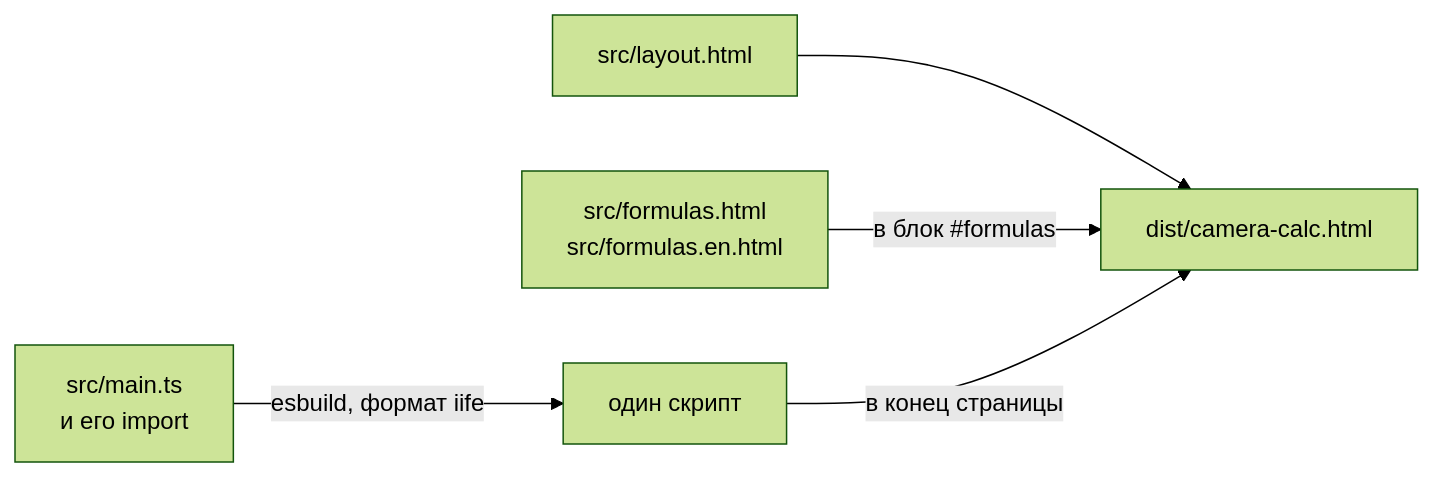
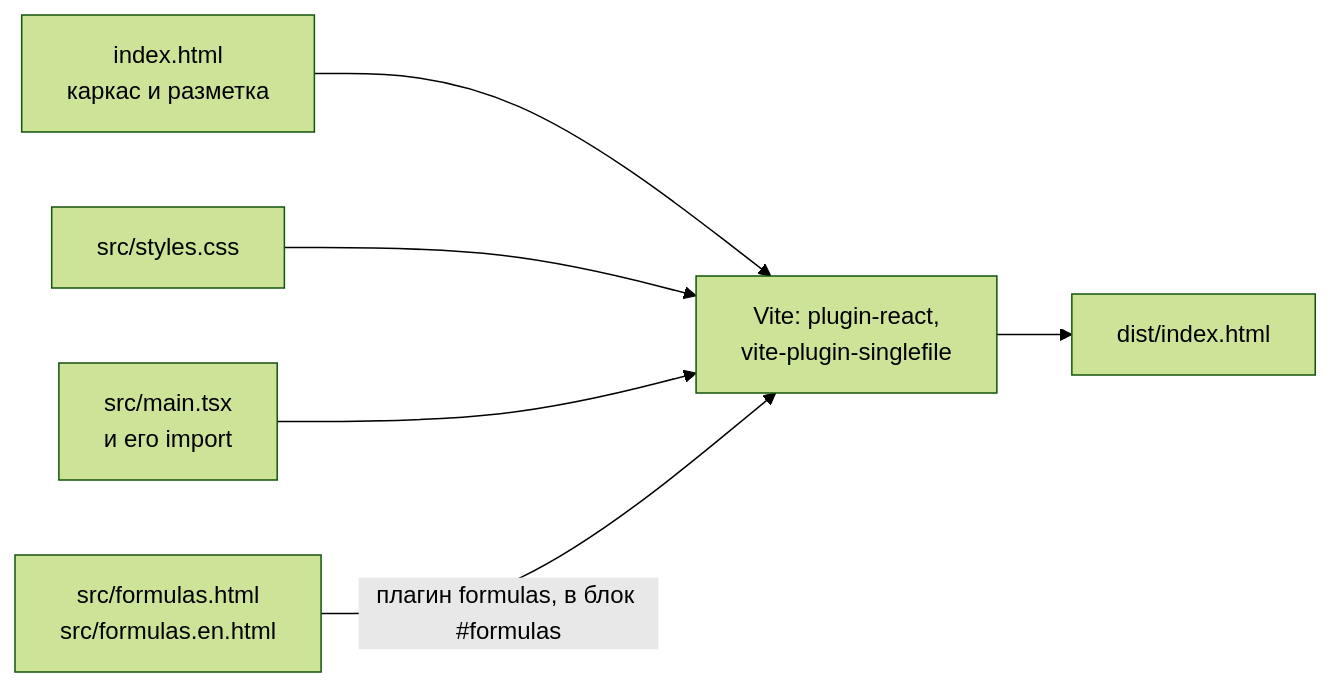
One commit to SergeyKrasnoslobodtsev/camera-calc changed the diagram in docs/architecture/modules/build.md. Above: the diagram before and after it, drawn with Mermaid (forest theme). The commit also changed other lines of this file and 7 other files, not shown here.

First line of the commit message:
docs: build, ui - Vite, Oxlint, вкладки на React, размер страницы

````diff
--- a/docs/architecture/modules/build.md
+++ b/docs/architecture/modules/build.md
@@ -9,7 +9,8 @@
 ```mermaid
 flowchart LR
-    init["src/main.ts<br>и его import"] -->|esbuild, формат iife| script["один скрипт"]
-    layout["src/layout.html"] --> html
-    formulas["src/formulas.html<br>src/formulas.en.html"] -->|в блок #formulas| html
-    script -->|в конец страницы| html["dist/camera-calc.html"]
+    page["index.html<br>каркас и разметка"] --> vite
+    css["src/styles.css"] --> vite
+    init["src/main.tsx<br>и его import"] --> vite
+    formulas["src/formulas.html<br>src/formulas.en.html"] -->|плагин formulas, в блок #formulas| vite
+    vite["Vite: plugin-react,<br>vite-plugin-singlefile"] --> html["dist/index.html"]
 ```
````
